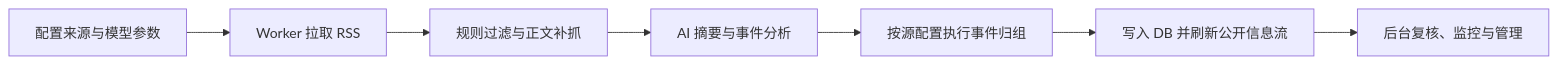
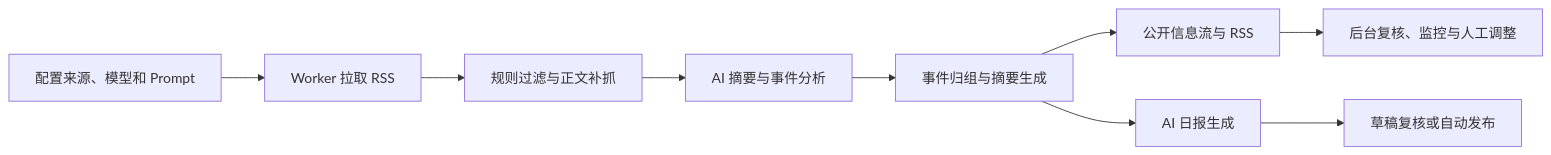
One commit to CrazyForks/infinitum changed the diagram in README.md. Above: the diagram before and after it, drawn with Mermaid. The commit also changed other lines of this file and 18 other files, not shown here.

````diff
--- a/README.md
+++ b/README.md
@@ -43,9 +47,11 @@
 ```mermaid
 flowchart LR
-    A["配置来源与模型参数"] --> B["Worker 拉取 RSS"]
+    A["配置来源、模型和 Prompt"] --> B["Worker 拉取 RSS"]
     B --> C["规则过滤与正文补抓"]
     C --> D["AI 摘要与事件分析"]
-    D --> E["按源配置执行事件归组"]
-    E --> F["写入 DB 并刷新公开信息流"]
-    F --> G["后台复核、监控与管理"]
+    D --> E["事件归组与摘要生成"]
+    E --> F["公开信息流与 RSS"]
+    F --> G["后台复核、监控与人工调整"]
+    E --> H["AI 日报生成"]
+    H --> I["草稿复核或自动发布"]
 ```
````
